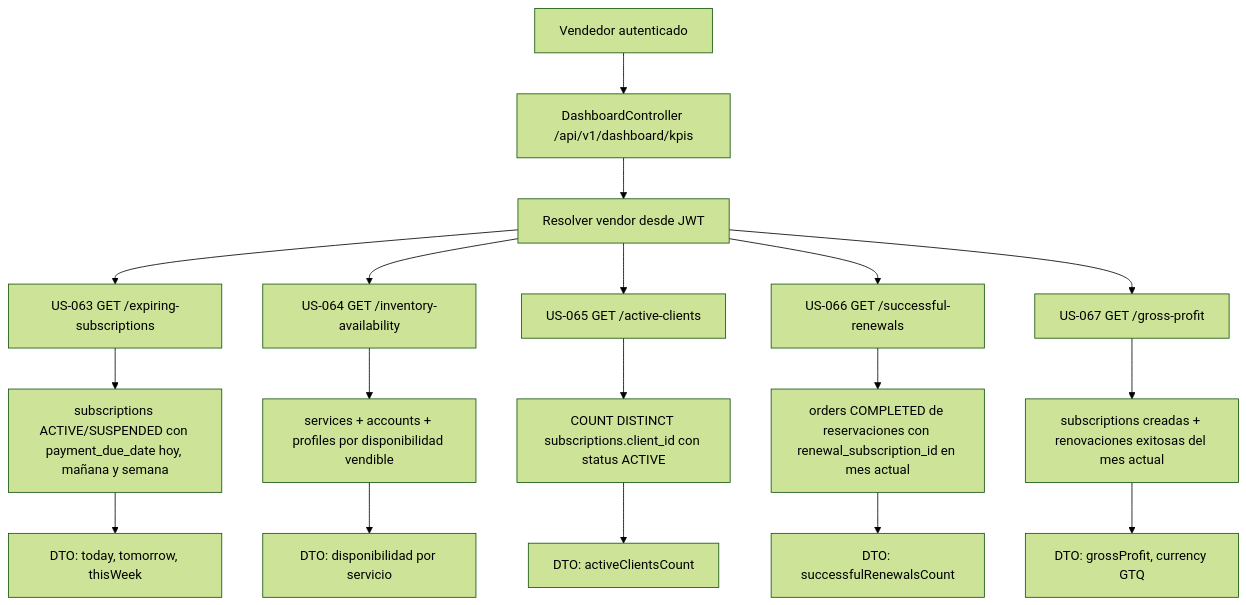
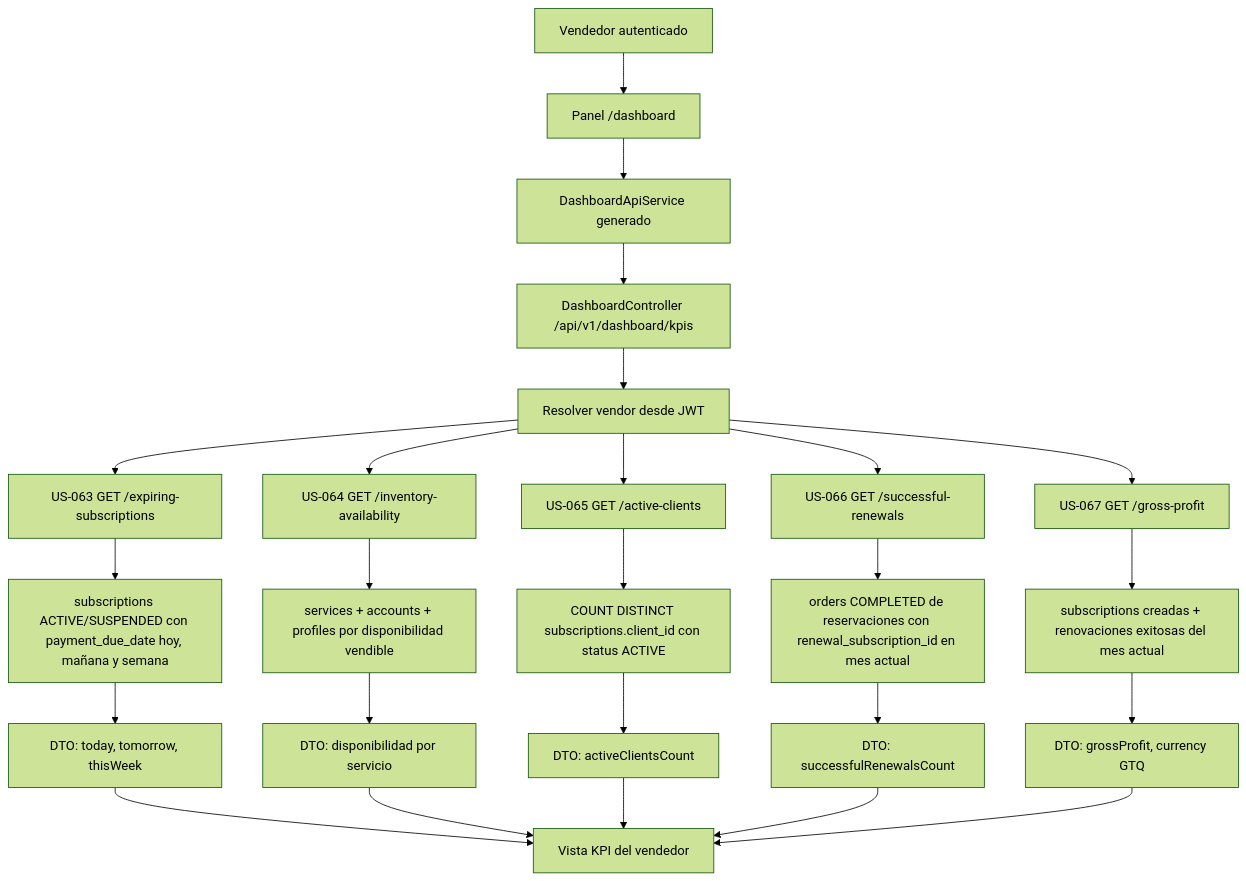
One commit to alexanderCanon/neversion changed the diagram in docs/diagrams/dashboard-kpis.md. Above: the diagram before and after it, drawn with Mermaid (forest theme). The commit also changed other lines of this file and 18 other files, not shown here.

Commit message:
feat(epic-10): add vendor KPI dashboard

````diff
--- a/docs/diagrams/dashboard-kpis.md
+++ b/docs/diagrams/dashboard-kpis.md
@@ -5,22 +5,30 @@
 ```mermaid
 flowchart TD
-    V["Vendedor autenticado"] --> API["DashboardController /api/v1/dashboard/kpis"]
+    V["Vendedor autenticado"] --> UI["Panel /dashboard"]
+    UI --> CLIENT["DashboardApiService generado"]
+    CLIENT --> API["DashboardController /api/v1/dashboard/kpis"]
     API --> AUTH["Resolver vendor desde JWT"]
     AUTH --> E["US-063 GET /expiring-subscriptions"]
     AUTH --> I["US-064 GET /inventory-availability"]
     AUTH --> C["US-065 GET /active-clients"]
     AUTH --> R["US-066 GET /successful-renewals"]
     AUTH --> G["US-067 GET /gross-profit"]
 
     E --> EQ["subscriptions ACTIVE/SUSPENDED con payment_due_date hoy, mañana y semana"]
     I --> IQ["services + accounts + profiles por disponibilidad vendible"]
     C --> CQ["COUNT DISTINCT subscriptions.client_id con status ACTIVE"]
     R --> RQ["orders COMPLETED de reservaciones con renewal_subscription_id en mes actual"]
     G --> GQ["subscriptions creadas + renovaciones exitosas del mes actual"]
 
     EQ --> ER["DTO: today, tomorrow, thisWeek"]
     IQ --> IR["DTO: disponibilidad por servicio"]
     CQ --> CR["DTO: activeClientsCount"]
     RQ --> RR["DTO: successfulRenewalsCount"]
     GQ --> GR["DTO: grossProfit, currency GTQ"]
+
+    ER --> VIEW["Vista KPI del vendedor"]
+    IR --> VIEW
+    CR --> VIEW
+    RR --> VIEW
+    GR --> VIEW
 ```
````
